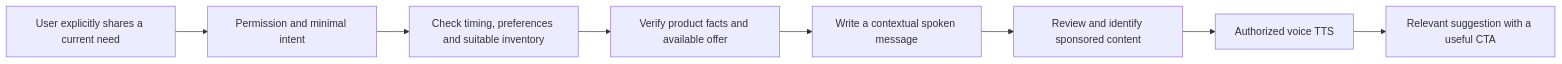
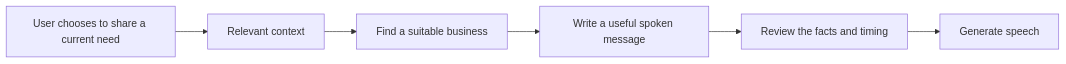
The diagram in PROJECT_CONTEXT.md (aimadhav/Resonant), drawn with Mermaid before and after one commit. The commit also changed other lines of this file and 1 other file, not shown here.

````diff
--- a/PROJECT_CONTEXT.md
+++ b/PROJECT_CONTEXT.md
@@ -46,10 +33,8 @@
 ```mermaid
 flowchart LR
-    U[User explicitly shares a current need] --> P[Permission and minimal intent]
-    P --> F[Check timing, preferences and suitable inventory]
-    F --> V[Verify product facts and available offer]
-    V --> W[Write a contextual spoken message]
-    W --> R[Review and identify sponsored content]
-    R --> T[Authorized voice TTS]
-    T --> L[Relevant suggestion with a useful CTA]
+    U[User chooses to share a current need] --> C[Relevant context]
+    C --> M[Find a suitable business]
+    M --> W[Write a useful spoken message]
+    W --> R[Review the facts and timing]
+    R --> T[Generate speech]
 ```
````
